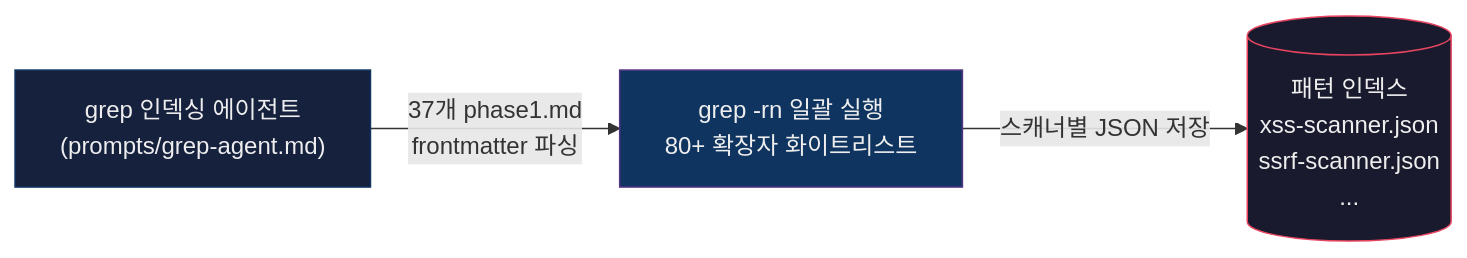
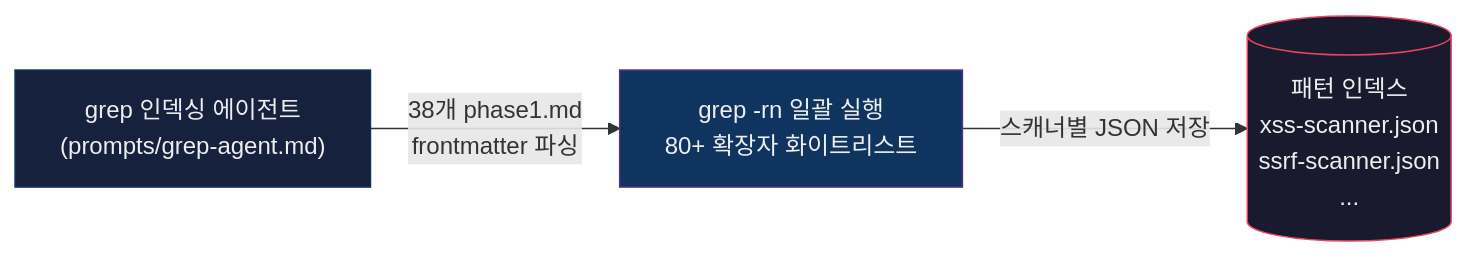
Before and after one commit to nomarlhack/noah-sast: the second of 5 diagrams in README.md, drawn with Mermaid. The commit also changed other lines of this file and 8 other files, not shown here.

````diff
--- a/README.md
+++ b/README.md
@@ -86,10 +86,10 @@
 ```mermaid
 flowchart LR
     Agent["grep 인덱싱 에이전트\n(prompts/grep-agent.md)"]
-    Agent -->|"37개 phase1.md\nfrontmatter 파싱"| Grep["grep -rn 일괄 실행\n80+ 확장자 화이트리스트"]
+    Agent -->|"38개 phase1.md\nfrontmatter 파싱"| Grep["grep -rn 일괄 실행\n80+ 확장자 화이트리스트"]
     Grep -->|스캐너별 JSON 저장| Dir[("패턴 인덱스\nxss-scanner.json\nssrf-scanner.json\n...")]
 
     style Agent fill:#16213e,stroke:#0f3460,color:#eee
     style Grep fill:#0f3460,stroke:#533483,color:#eee
     style Dir fill:#1a1a2e,stroke:#e94560,color:#eee
 ```
````
